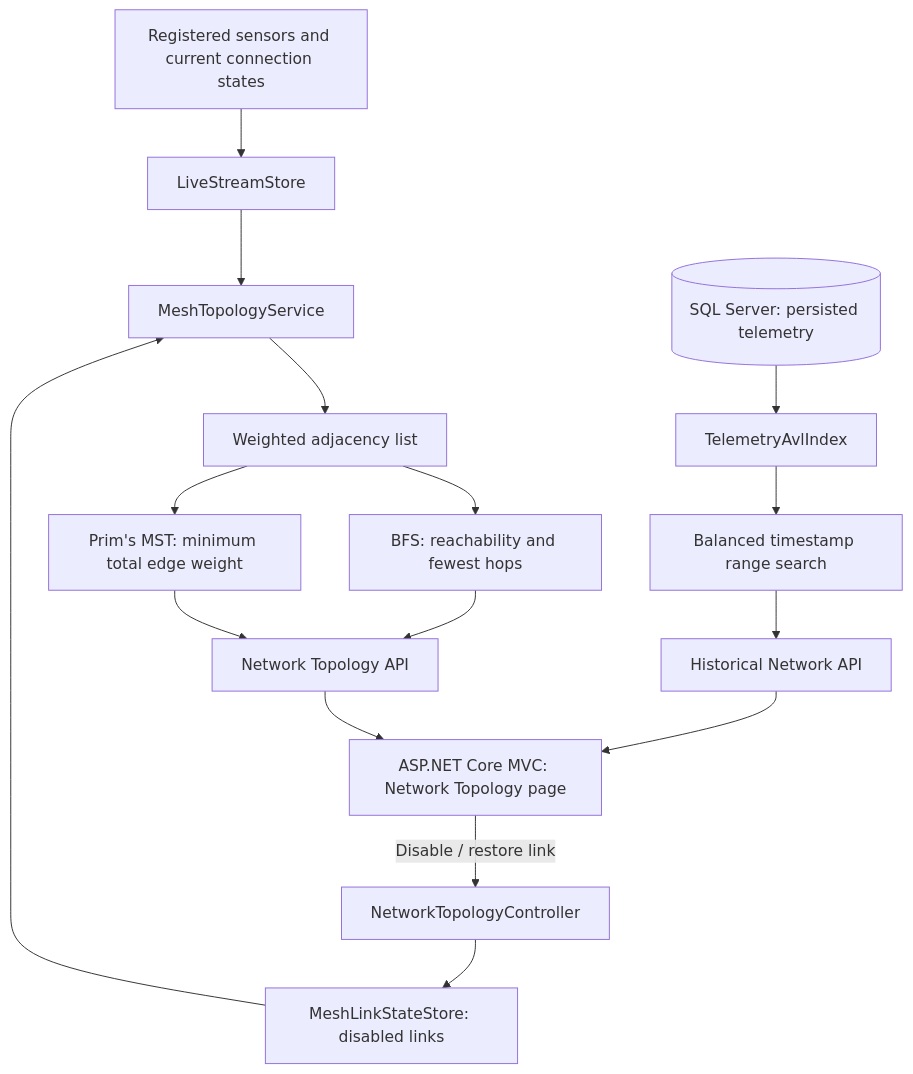
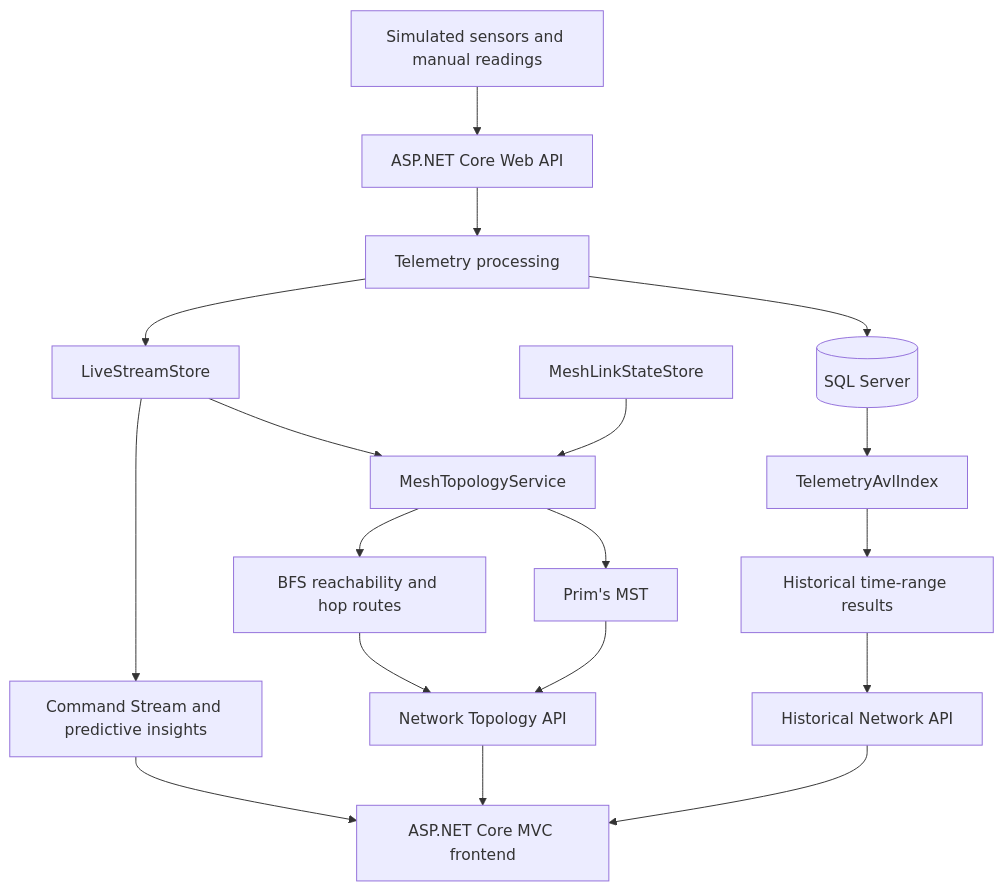
Before and after one commit to Ghanief/practice: the diagram in README.md, drawn with Mermaid. The commit also changed other lines of this file, not shown here.

````diff
--- a/README.md
+++ b/README.md
@@ -43,18 +306,20 @@
 ```mermaid
 flowchart TD
-    A[Registered sensors and current connection states] --> B[LiveStreamStore]
-    B --> C[MeshTopologyService]
-    D[MeshLinkStateStore: disabled links] --> C
-    C --> E[Weighted adjacency list]
-    E --> F[BFS: reachability and fewest hops]
-    E --> G[Prim's MST: minimum total edge weight]
-    F --> H[Network Topology API]
-    G --> H
-    I[(SQL Server: persisted telemetry)] --> J[TelemetryAvlIndex]
-    J --> K[Balanced timestamp range search]
-    K --> L[Historical Network API]
-    H --> M[ASP.NET Core MVC: Network Topology page]
-    L --> M
-    M -->|Disable / restore link| N[NetworkTopologyController]
-    N --> D
+    A[Simulated sensors and manual readings] --> B[ASP.NET Core Web API]
+    B --> C[Telemetry processing]
+    C --> D[(SQL Server)]
+    C --> E[LiveStreamStore]
+    E --> F[Command Stream and predictive insights]
+    E --> G[MeshTopologyService]
+    H[MeshLinkStateStore] --> G
+    G --> I[BFS reachability and hop routes]
+    G --> J[Prim's MST]
+    D --> K[TelemetryAvlIndex]
+    K --> L[Historical time-range results]
+    I --> M[Network Topology API]
+    J --> M
+    L --> N[Historical Network API]
+    F --> O[ASP.NET Core MVC frontend]
+    M --> O
+    N --> O
 ```
````
